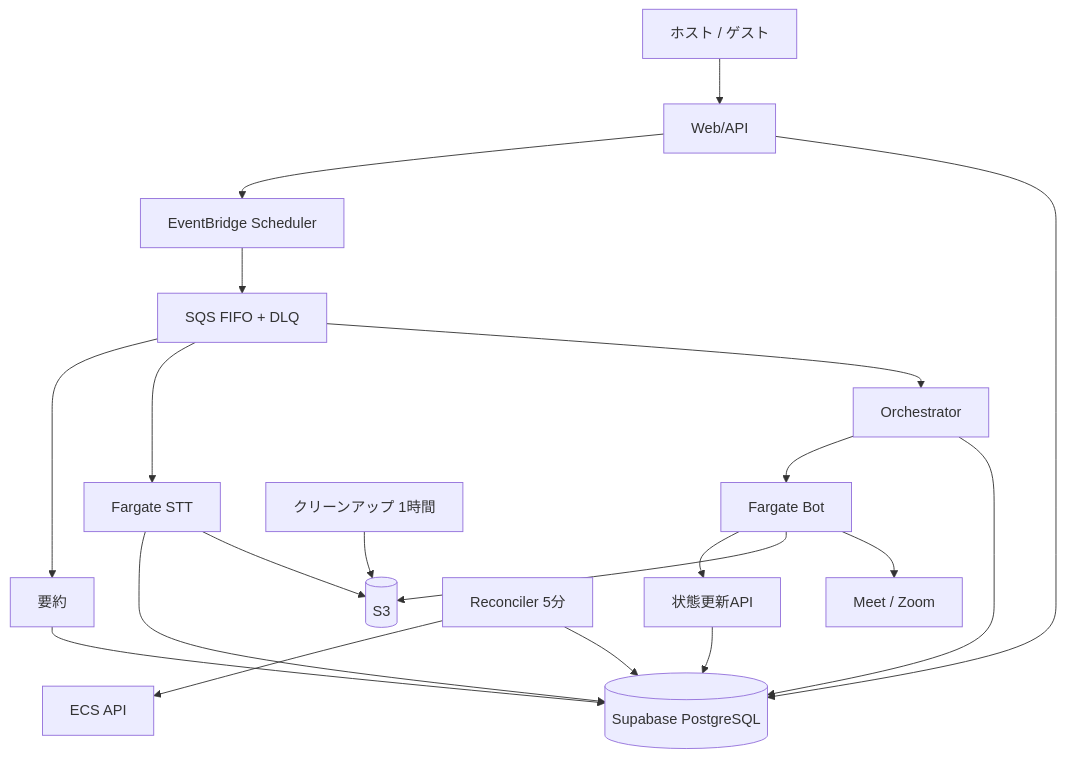
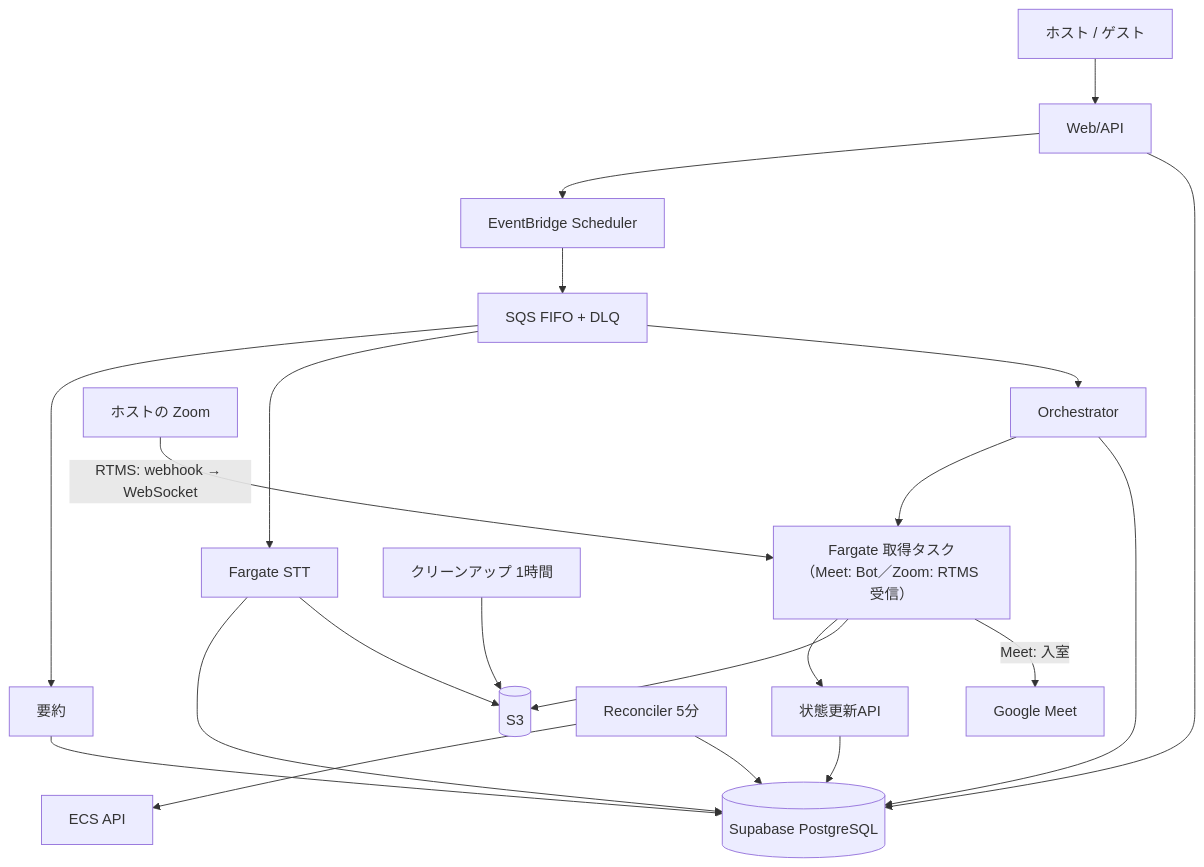
One commit to apointokimaru-lab/kimaru changed the diagram in docs/ai-bot/system-spec.md. Above: the diagram before and after it, drawn with Mermaid. The commit also changed other lines of this file and 5 other files, not shown here.

````diff
--- a/docs/ai-bot/system-spec.md
+++ b/docs/ai-bot/system-spec.md
@@ -301,22 +336,23 @@
 ```mermaid
 flowchart TB
     U[ホスト / ゲスト] --> WEB[Web/API]
     WEB --> DB[(Supabase PostgreSQL)]
     WEB --> SCH[EventBridge Scheduler]
     SCH --> Q[SQS FIFO + DLQ]
     Q --> ORCH[Orchestrator]
     ORCH --> DB
-    ORCH --> BOT[Fargate Bot]
-    BOT --> MEET[Meet / Zoom]
+    ORCH --> BOT["Fargate 取得タスク（Meet: Bot／Zoom: RTMS 受信）"]
+    BOT -->|Meet: 入室| MEET[Google Meet]
+    ZOOM[ホストの Zoom] -->|RTMS: webhook → WebSocket| BOT
     BOT --> S3[(S3)]
     BOT --> SAPI[状態更新API]
     SAPI --> DB
     REC[Reconciler 5分] --> DB
     REC --> ECS[ECS API]
     Q --> STT[Fargate STT]
     STT --> S3
     STT --> DB
     Q --> SUM[要約]
     SUM --> DB
     CLEAN[クリーンアップ 1時間] --> S3
 ```
````
